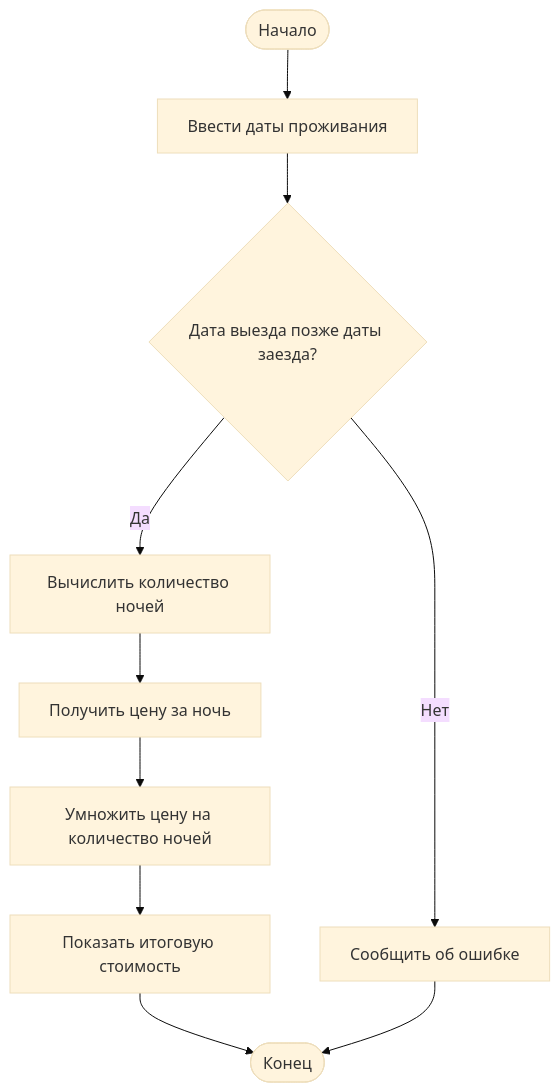
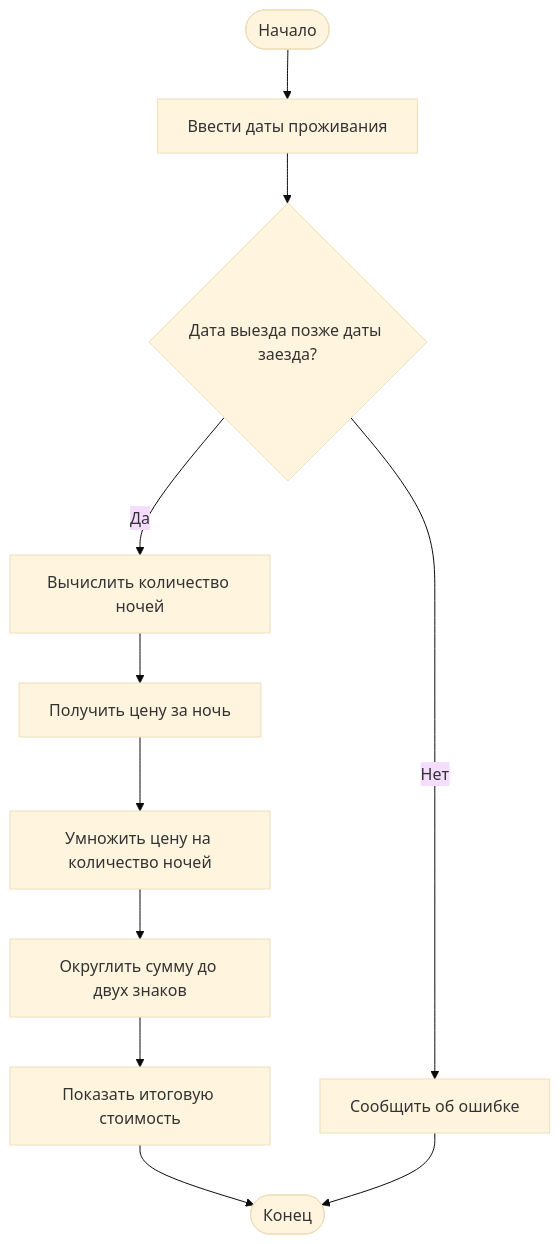
One commit to nalemew537-blip/visual-programming-labs-Smirnov changed the diagram in lab1/docs/flowchart.md. Above: the diagram before and after it, drawn with Mermaid (base theme). The commit also changed 5 other files, not shown here.

Commit message:
Update UML Activity and Mermaid diagrams

````diff
--- a/lab1/docs/flowchart.md
+++ b/lab1/docs/flowchart.md
@@ -3,12 +3,13 @@
 ```mermaid
 flowchart TD
     A([Начало]) --> B[Ввести даты проживания]
     B --> C{Дата выезда позже даты заезда?}
     C -->|Нет| D[Сообщить об ошибке]
     C -->|Да| E[Вычислить количество ночей]
     E --> F[Получить цену за ночь]
     F --> G[Умножить цену на количество ночей]
-    G --> I[Показать итоговую стоимость]
+    G --> H[Округлить сумму до двух знаков]
+    H --> I[Показать итоговую стоимость]
     I --> J([Конец])
     D --> J
 ```
````
